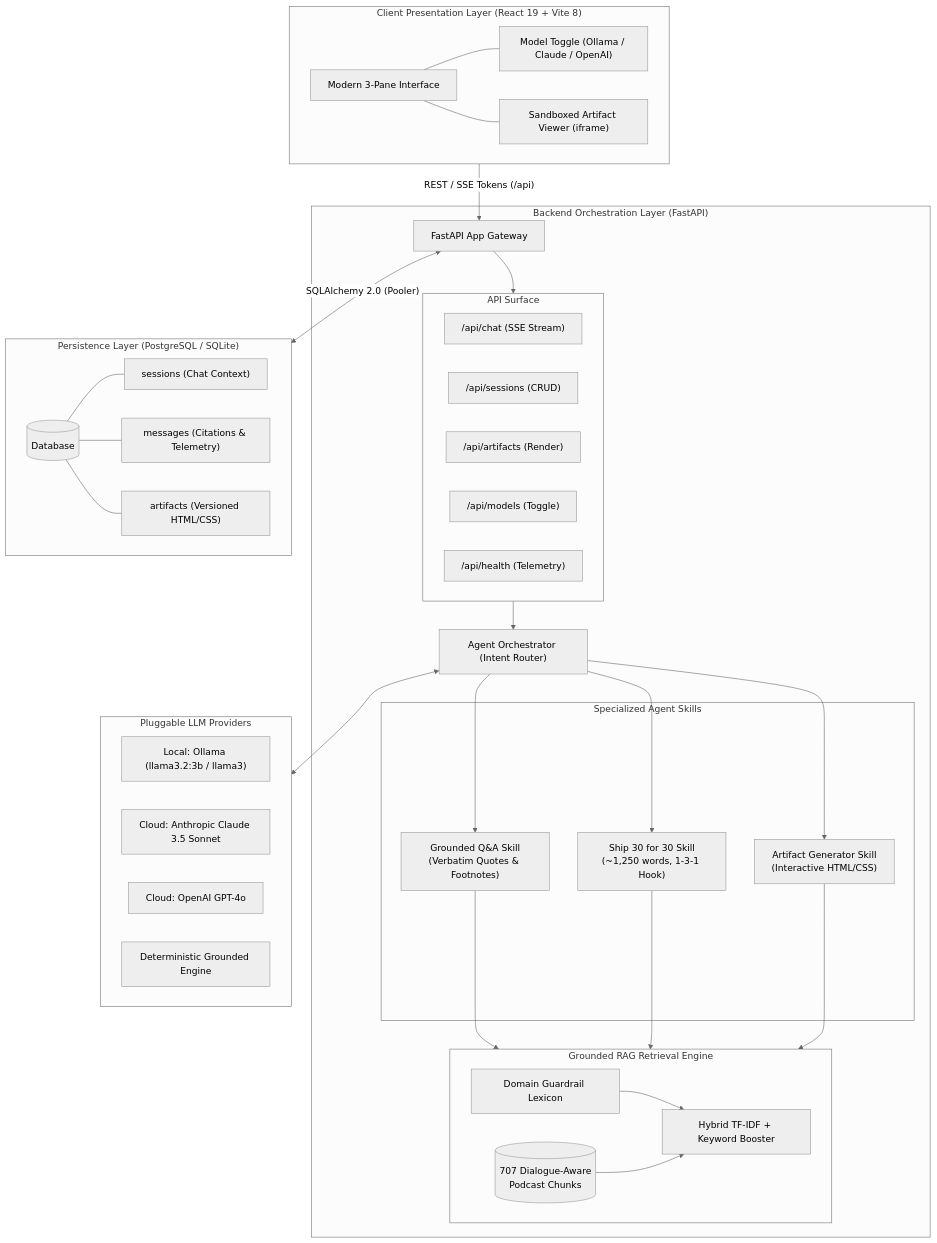
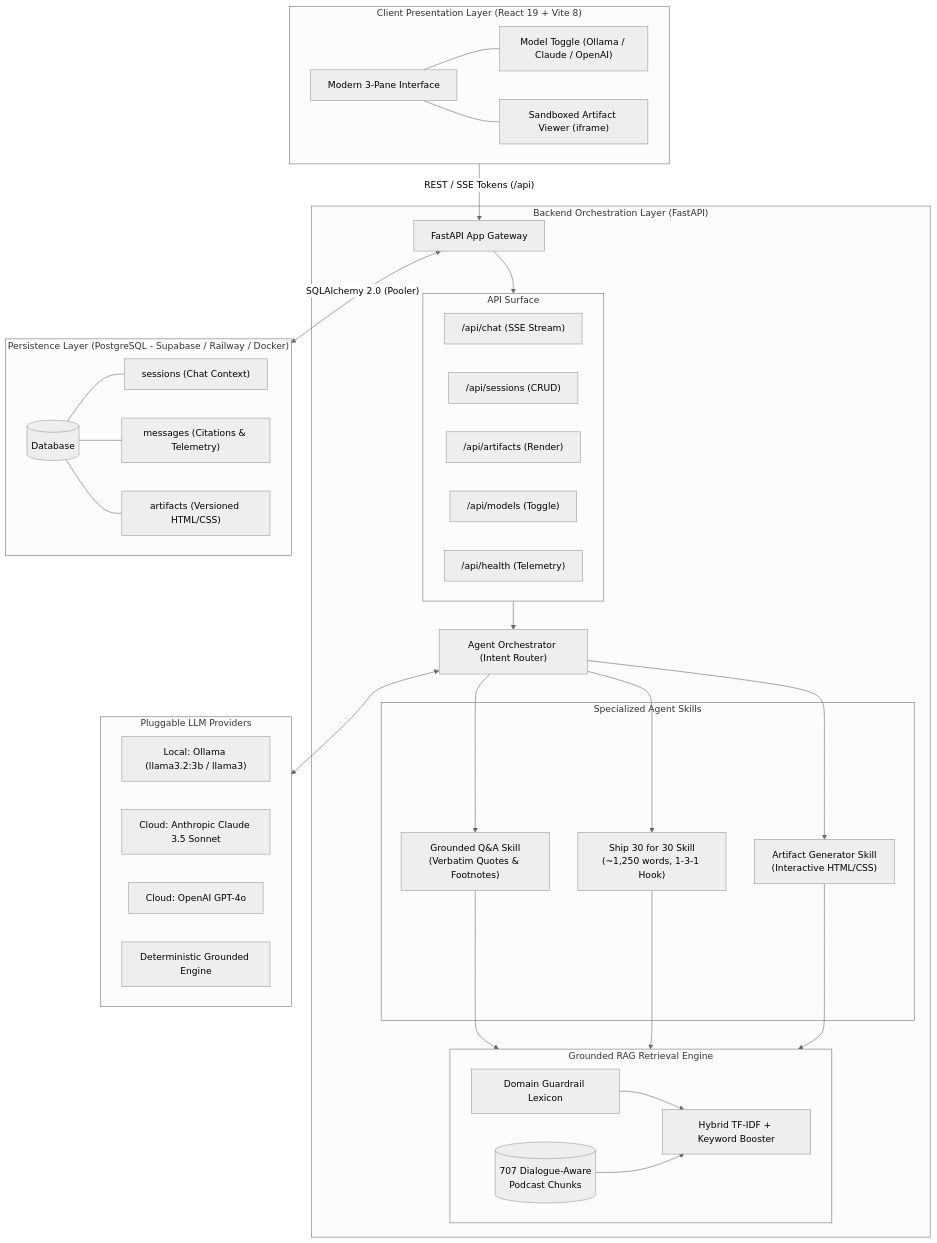
The first of 3 diagrams in architecture.md (NikithaKunapareddy/Lenny-Assistant-OogwayLabs), drawn with Mermaid (neutral theme) before and after one commit. The commit also changed other lines of this file and 2 other files, not shown here.

Commit message:
docs: sync README with Supabase PostgreSQL, add agent transcript 05, and update test count

````diff
--- a/architecture.md
+++ b/architecture.md
@@ -13,67 +13,67 @@
 ```mermaid
 graph TD
     subgraph Client ["Client Presentation Layer (React 19 + Vite 8)"]
         UI["Modern 3-Pane Interface"]
         ModelSwitch["Model Toggle (Ollama / Claude / OpenAI)"]
         Viewer["Sandboxed Artifact Viewer (iframe)"]
         UI --- ModelSwitch
         UI --- Viewer
     end
 
     Client -->|"REST / SSE Tokens (/api)"| FastAPI
 
     subgraph Backend ["Backend Orchestration Layer (FastAPI)"]
         FastAPI["FastAPI App Gateway"]
         
         subgraph Endpoints ["API Surface"]
             E1["/api/chat (SSE Stream)"]
             E2["/api/sessions (CRUD)"]
             E3["/api/artifacts (Render)"]
             E4["/api/models (Toggle)"]
             E5["/api/health (Telemetry)"]
         end
         FastAPI --> Endpoints
 
         Orchestrator["Agent Orchestrator (Intent Router)"]
         Endpoints --> Orchestrator
 
         subgraph Skills ["Specialized Agent Skills"]
             S1["Grounded Q&A Skill<br/>(Verbatim Quotes & Footnotes)"]
             S2["Ship 30 for 30 Skill<br/>(~1,250 words, 1-3-1 Hook)"]
             S3["Artifact Generator Skill<br/>(Interactive HTML/CSS)"]
         end
         Orchestrator --> S1
         Orchestrator --> S2
         Orchestrator --> S3
 
         subgraph RAG ["Grounded RAG Retrieval Engine"]
             Guard["Domain Guardrail Lexicon"]
             Retriever["Hybrid TF-IDF + Keyword Booster"]
             KB[("707 Dialogue-Aware<br/>Podcast Chunks")]
             Guard --> Retriever
             KB --> Retriever
         end
         S1 --> RAG
         S2 --> RAG
         S3 --> RAG
     end
 
-    subgraph Storage ["Persistence Layer (PostgreSQL / SQLite)"]
+    subgraph Storage ["Persistence Layer (PostgreSQL - Supabase / Railway / Docker)"]
         DB[("Database")]
         T1["sessions (Chat Context)"]
         T2["messages (Citations & Telemetry)"]
         T3["artifacts (Versioned HTML/CSS)"]
         DB --- T1
         DB --- T2
         DB --- T3
     end
     FastAPI <-->|"SQLAlchemy 2.0 (Pooler)"| Storage
 
     subgraph LLM ["Pluggable LLM Providers"]
         Ollama["Local: Ollama (llama3.2:3b / llama3)"]
         Claude["Cloud: Anthropic Claude 3.5 Sonnet"]
         OpenAI["Cloud: OpenAI GPT-4o"]
         Fallback["Deterministic Grounded Engine"]
     end
     Orchestrator <--> LLM
 ```
````
